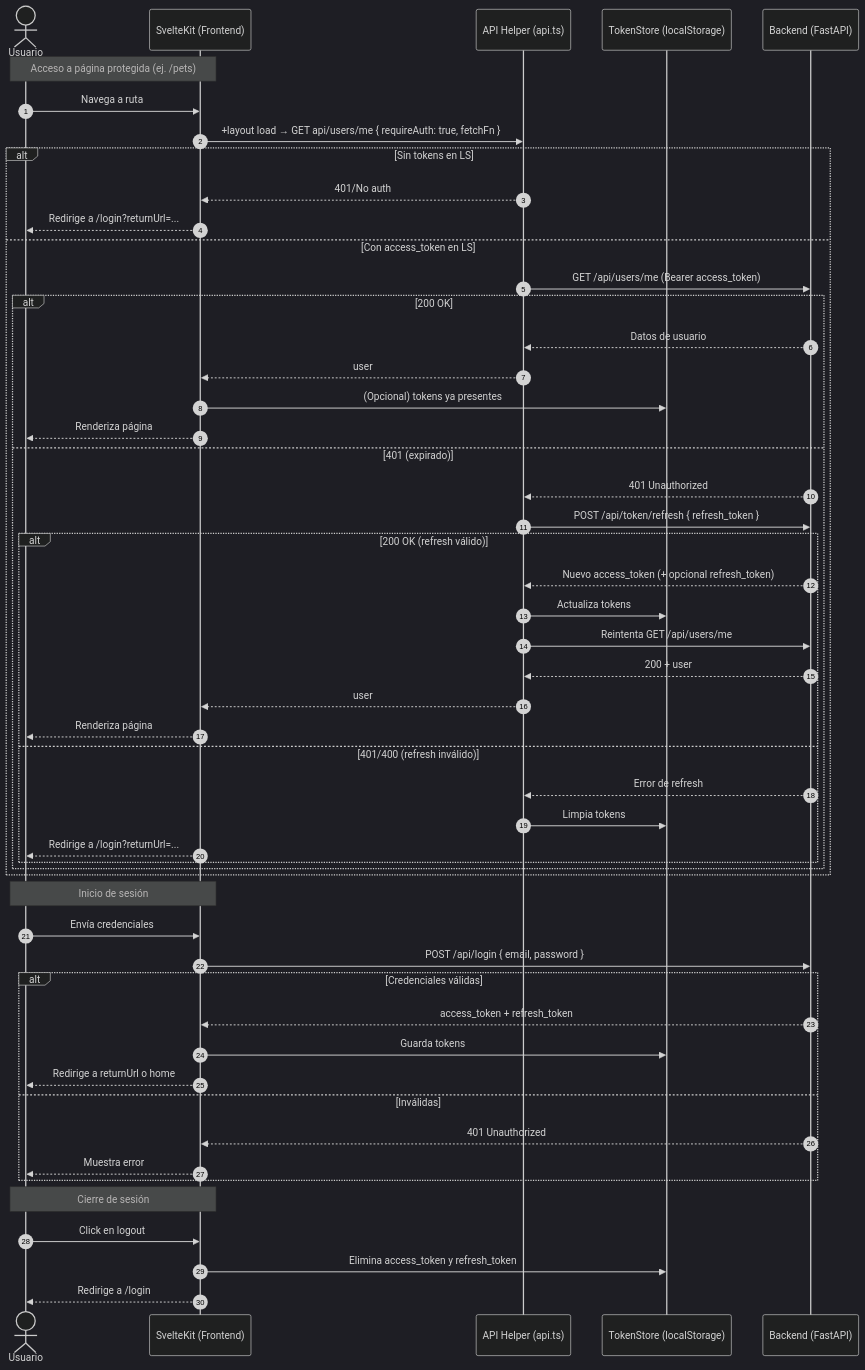
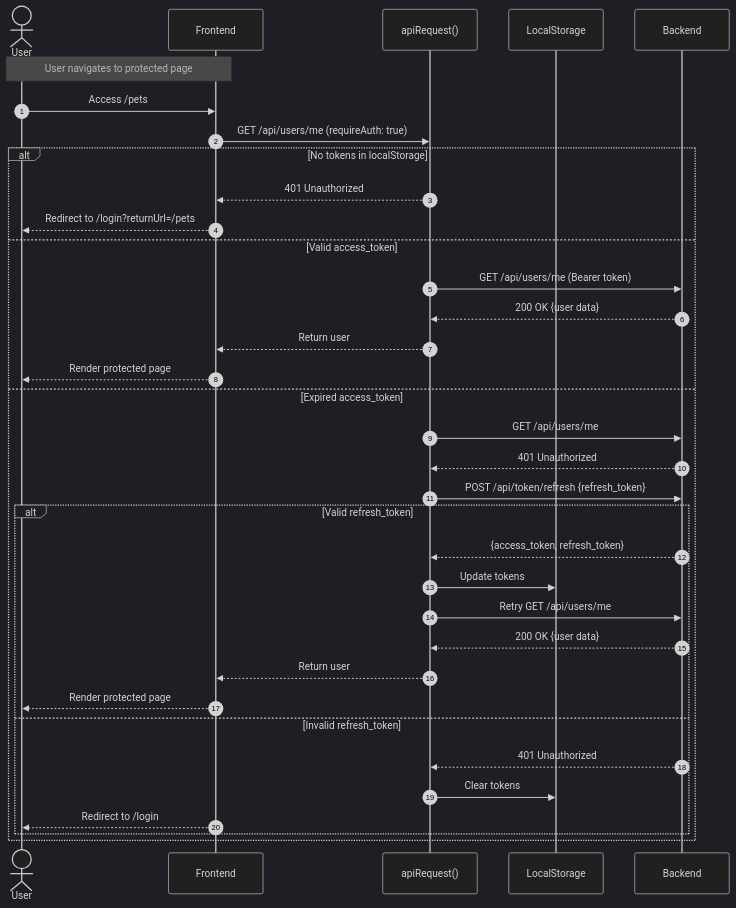
The diagram in README.md (Pablushka/petto), drawn with Mermaid (dark theme) before and after one commit. The commit also changed other lines of this file and 29 other files, not shown here.

````diff
--- a/README.md
+++ b/README.md
@@ -95,57 +178,39 @@
 ```mermaid
 sequenceDiagram
    autonumber
-   actor U as Usuario
-   participant FE as SvelteKit (Frontend)
-   participant AH as API Helper (api.ts)
-   participant LS as TokenStore (localStorage)
-   participant BE as Backend (FastAPI)
+   actor U as User
+   participant FE as Frontend
+   participant API as apiRequest()
+   participant LS as LocalStorage
+   participant BE as Backend
 
-   Note over U,FE: Acceso a página protegida (ej. /pets)
-   U->>FE: Navega a ruta
-   FE->>AH: +layout load → GET api/users/me { requireAuth: true, fetchFn }
-   alt Sin tokens en LS
-      AH-->>FE: 401/No auth
-      FE-->>U: Redirige a /login?returnUrl=...
-   else Con access_token en LS
-      AH->>BE: GET /api/users/me (Bearer access_token)
-      alt 200 OK
-         BE-->>AH: Datos de usuario
-         AH-->>FE: user
-         FE->>LS: (Opcional) tokens ya presentes
-         FE-->>U: Renderiza página
-      else 401 (expirado)
-         BE-->>AH: 401 Unauthorized
-         AH->>BE: POST /api/token/refresh { refresh_token }
-         alt 200 OK (refresh válido)
-            BE-->>AH: Nuevo access_token (+ opcional refresh_token)
-            AH->>LS: Actualiza tokens
-            AH->>BE: Reintenta GET /api/users/me
-            BE-->>AH: 200 + user
-            AH-->>FE: user
-            FE-->>U: Renderiza página
-         else 401/400 (refresh inválido)
-            BE-->>AH: Error de refresh
-            AH->>LS: Limpia tokens
-            FE-->>U: Redirige a /login?returnUrl=...
-         end
+   Note over U,FE: User navigates to protected page
+   U->>FE: Access /pets
+   FE->>API: GET /api/users/me (requireAuth: true)
+   
+   alt No tokens in localStorage
+      API-->>FE: 401 Unauthorized
+      FE-->>U: Redirect to /login?returnUrl=/pets
+   else Valid access_token
+      API->>BE: GET /api/users/me (Bearer token)
+      BE-->>API: 200 OK {user data}
+      API-->>FE: Return user
+      FE-->>U: Render protected page
+   else Expired access_token
+      API->>BE: GET /api/users/me
+      BE-->>API: 401 Unauthorized
+      API->>BE: POST /api/token/refresh {refresh_token}
+      alt Valid refresh_token
+         BE-->>API: {access_token, refresh_token}
+         API->>LS: Update tokens
+         API->>BE: Retry GET /api/users/me
+         BE-->>API: 200 OK {user data}
+         API-->>FE: Return user
+         FE-->>U: Render protected page
+      else Invalid refresh_token
+         BE-->>API: 401 Unauthorized
+         API->>LS: Clear tokens
+         FE-->>U: Redirect to /login
       end
    end
-
-   Note over U,FE: Inicio de sesión
-   U->>FE: Envía credenciales
-   FE->>BE: POST /api/login { email, password }
-   alt Credenciales válidas
-      BE-->>FE: access_token + refresh_token
-      FE->>LS: Guarda tokens
-      FE-->>U: Redirige a returnUrl o home
-   else Inválidas
-      BE-->>FE: 401 Unauthorized
-      FE-->>U: Muestra error
-   end
-
-   Note over U,FE: Cierre de sesión
-   U->>FE: Click en logout
-   FE->>LS: Elimina access_token y refresh_token
-   FE-->>U: Redirige a /login
 ```
````
